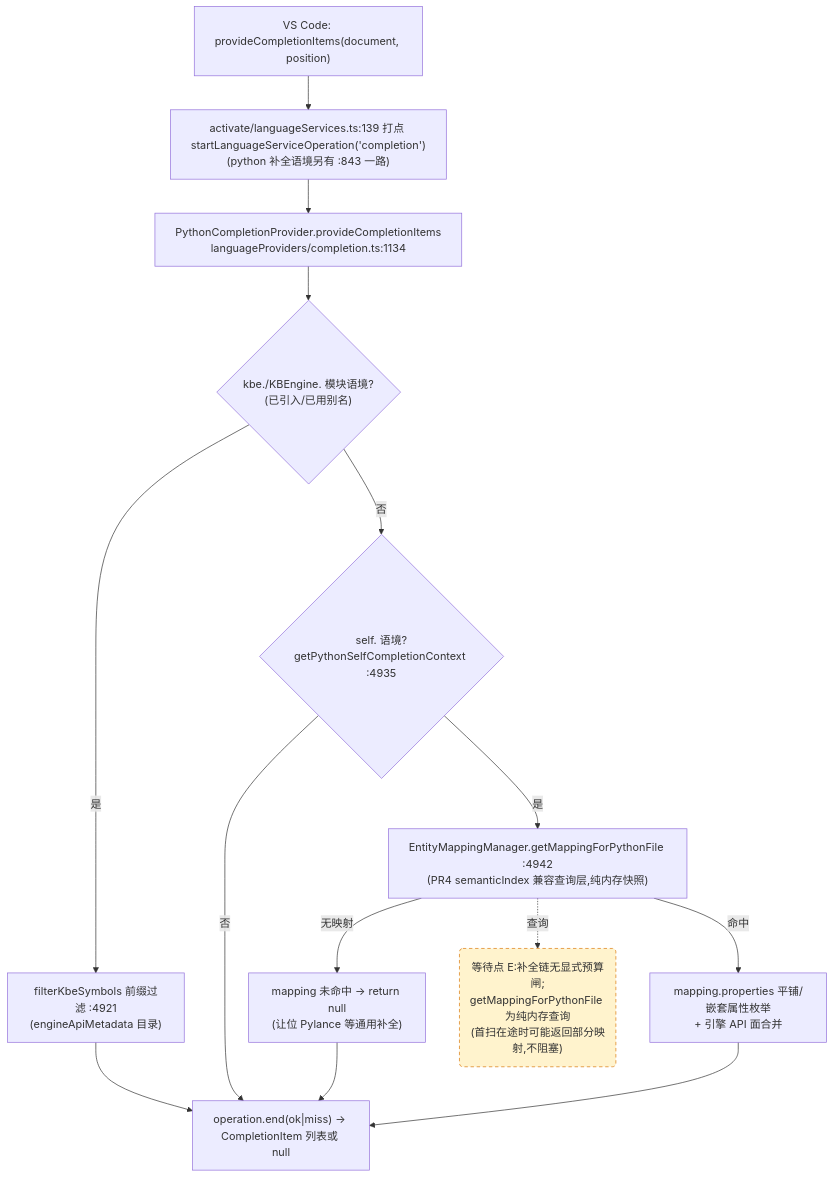
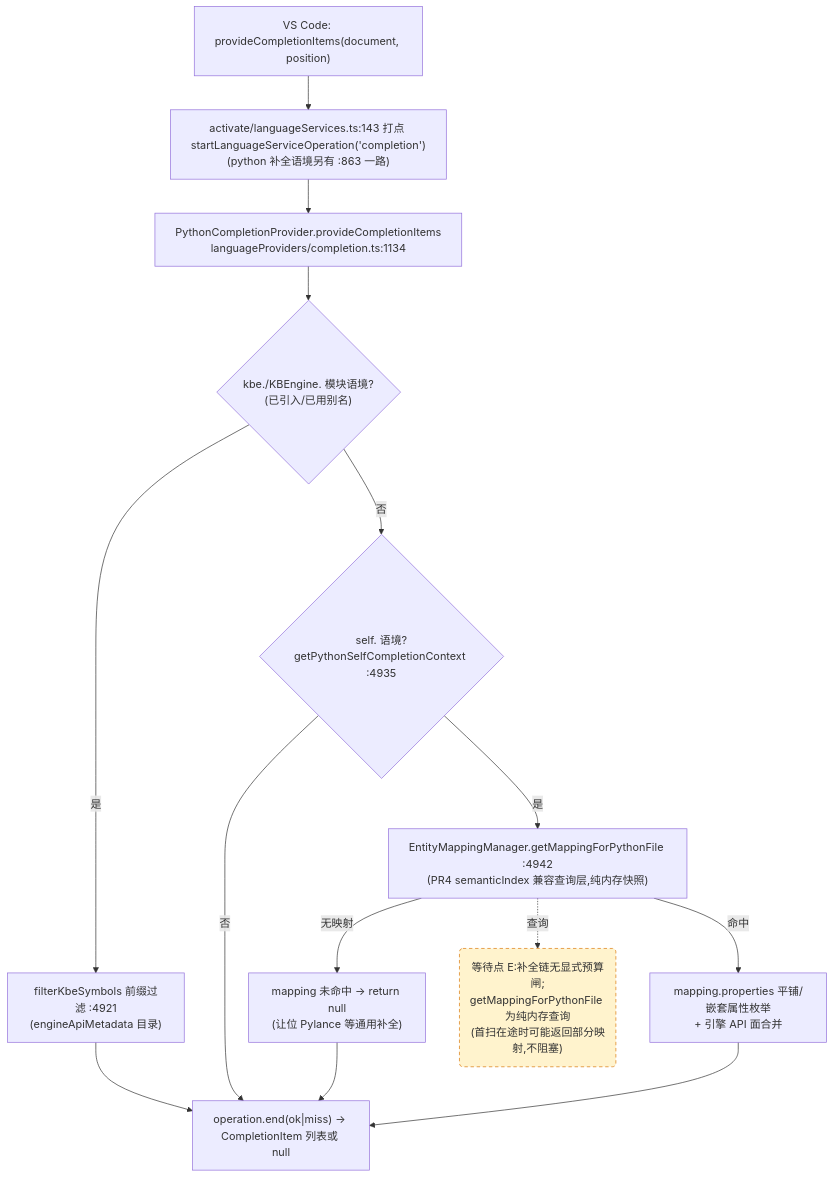
Before and after one commit to cuihairu/kode: the third of 4 diagrams in docs/perf/2026-baseline.md, drawn with Mermaid. The commit also changed other lines of this file and 27 other files, not shown here.

````diff
--- a/docs/perf/2026-baseline.md
+++ b/docs/perf/2026-baseline.md
@@ -202,27 +202,27 @@
 ```mermaid
 flowchart TD
   VC3["VS Code: provideCompletionItems(document, position)"]
-  M3["activate/languageServices.ts:139 打点 startLanguageServiceOperation('completion')<br/>(python 补全语境另有 :843 一路)"]
+  M3["activate/languageServices.ts:143 打点 startLanguageServiceOperation('completion')<br/>(python 补全语境另有 :863 一路)"]
   CP["PythonCompletionProvider.provideCompletionItems<br/>languageProviders/completion.ts:1134"]
   KBEC{"kbe./KBEngine. 模块语境?<br/>(已引入/已用别名)"}
   FILTER["filterKbeSymbols 前缀过滤 :4921<br/>(engineApiMetadata 目录)"]
   SELFC{"self. 语境?<br/>getPythonSelfCompletionContext :4935"}
   MAP["EntityMappingManager.getMappingForPythonFile :4942<br/>(PR4 semanticIndex 兼容查询层,纯内存快照)"]
   NOMAP["mapping 未命中 → return null<br/>(让位 Pylance 等通用补全)"]
   PROPS["mapping.properties 平铺/嵌套属性枚举<br/>+ 引擎 API 面合并"]
   END3["operation.end(ok|miss) → CompletionItem 列表或 null"]
 
   VC3 --> M3 --> CP --> KBEC
   KBEC -- "是" --> FILTER --> END3
   KBEC -- "否" --> SELFC
   SELFC -- "否" --> END3
   SELFC -- "是" --> MAP
   MAP -- "无映射" --> NOMAP --> END3
   MAP -- "命中" --> PROPS --> END3
 
   WAITE("等待点 E:补全链无显式预算闸;<br/>getMappingForPythonFile 为纯内存查询<br/>(首扫在途时可能返回部分映射,不阻塞)")
   MAP -.->|查询| WAITE
 
   classDef waitPoint fill:#fff3cd,stroke:#d97706,stroke-dasharray:5 4;
   class WAITE waitPoint;
 ```
````
